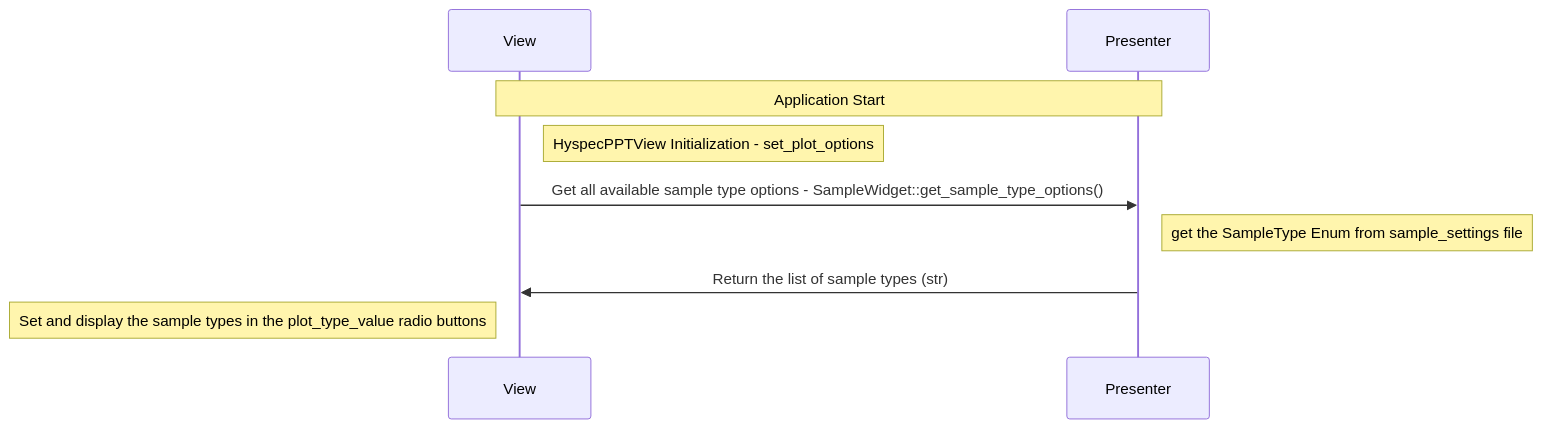
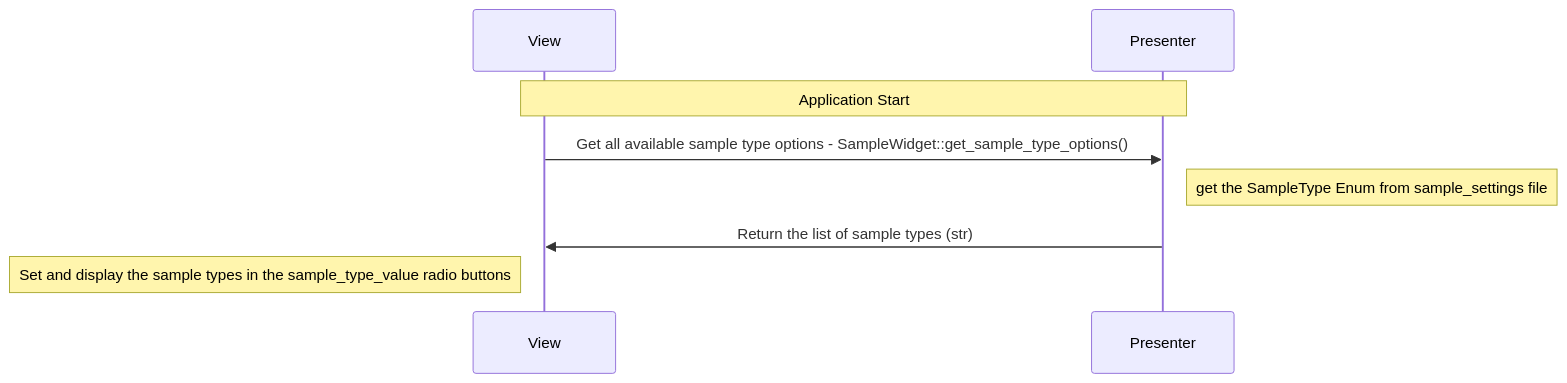
One commit to neutrons/hyspecppt changed the fifth of 13 diagrams in docs/source/design/hyspecpptclasses.rst. Above: the diagram before and after it, drawn with Mermaid. The commit also changed other lines of this file and 1 other file, not shown here.

```diff
--- a/docs/source/design/hyspecpptclasses.rst
+++ b/docs/source/design/hyspecpptclasses.rst
@@ -473,12 +472,11 @@
     .. mermaid::
 
         sequenceDiagram
             participant View
             participant Presenter
 
             Note over View,Presenter: Application Start
-            Note right of View: HyspecPPTView Initialization - set_plot_options
             View->>Presenter: Get all available sample type options - SampleWidget::get_sample_type_options()
             Note right of Presenter: get the SampleType Enum from sample_settings file
             Presenter->>View: Return the list of sample types (str)
-            Note left of View: Set and display the sample types in the plot_type_value radio buttons
+            Note left of View: Set and display the sample types in the sample_type_value radio buttons
```
